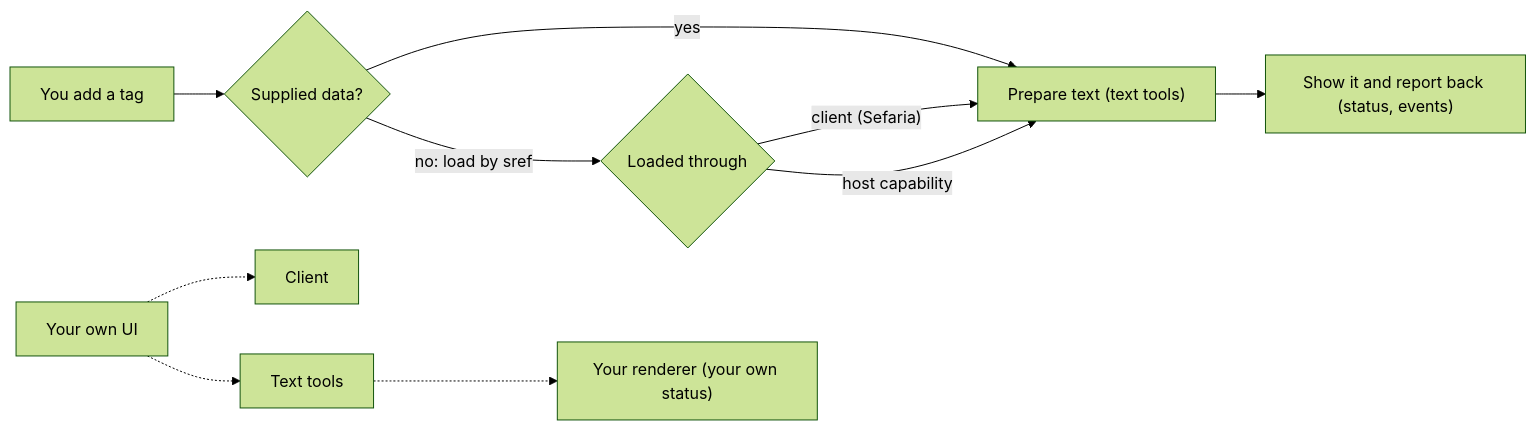
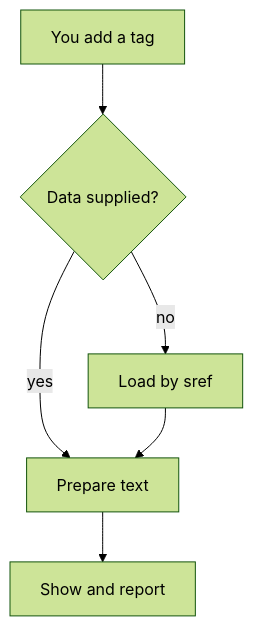
Before and after one commit to Arithmomaniac/sefaria-frontend-toolkit: the diagram in docs/concepts/how-the-toolkit-works.md, drawn with Mermaid (forest theme). The commit also changed other lines of this file and 1 other file, not shown here.

Commit message:
docs(concepts): vertical diagram, composed elements and Lit in How the toolkit works

````diff
--- a/docs/concepts/how-the-toolkit-works.md
+++ b/docs/concepts/how-the-toolkit-works.md
@@ -12,12 +12,8 @@
 ```mermaid
-flowchart LR
-  A["You add a tag"] --> B{"Supplied data?"}
-  B -->|"yes"| E["Prepare text (text tools)"]
-  B -->|"no: load by sref"| L{"Loaded through"}
-  L -->|"client (Sefaria)"| E
-  L -->|"host capability"| E
-  E --> G["Show it and report back (status, events)"]
-  UI["Your own UI"] -.-> CL["Client"]
-  UI -.-> TT["Text tools"]
-  TT -.-> R["Your renderer (your own status)"]
+flowchart TD
+  A["You add a tag"] --> B{"Data supplied?"}
+  B -->|"yes"| PREP["Prepare text"]
+  B -->|"no"| LOAD["Load by sref"]
+  LOAD --> PREP
+  PREP --> SHOW["Show and report"]
 ```
````
